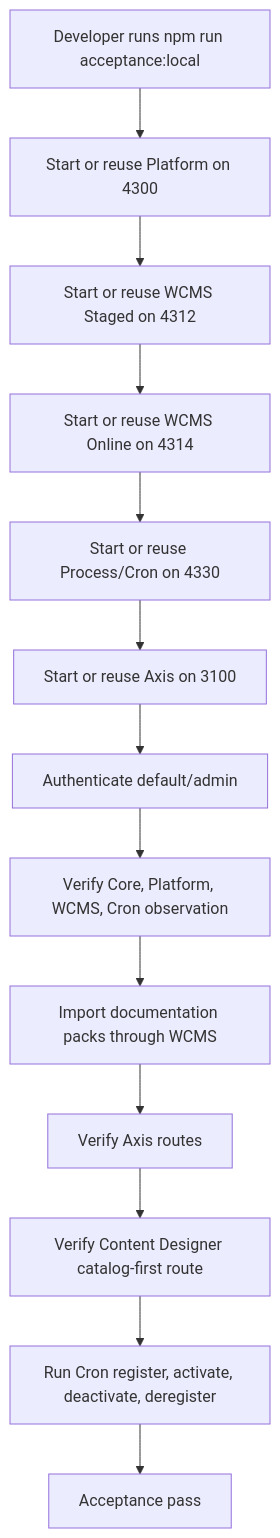
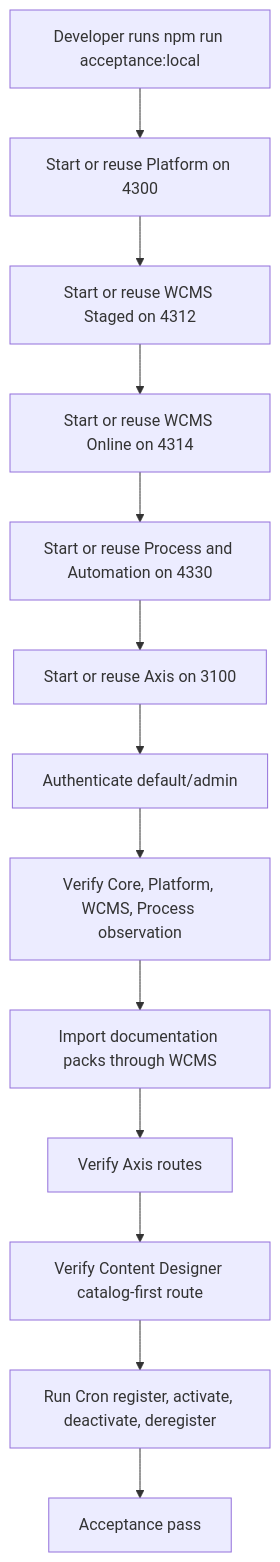
Before and after one commit to Nodics/nodics.kickoff: the first of 2 diagrams in docs/pages/local-acceptance-checklist.md, drawn with Mermaid. The commit also changed other lines of this file and 6 other files, not shown here.

````diff
--- a/docs/pages/local-acceptance-checklist.md
+++ b/docs/pages/local-acceptance-checklist.md
@@ -108,15 +108,15 @@
 ```mermaid
 flowchart TD
   Start["Developer runs npm run acceptance:local"] --> Platform["Start or reuse Platform on 4300"]
   Platform --> Staged["Start or reuse WCMS Staged on 4312"]
   Staged --> Online["Start or reuse WCMS Online on 4314"]
-  Online --> Process["Start or reuse Process/Cron on 4330"]
+  Online --> Process["Start or reuse Process and Automation on 4330"]
   Process --> Axis["Start or reuse Axis on 3100"]
   Axis --> Auth["Authenticate default/admin"]
-  Auth --> Registry["Verify Core, Platform, WCMS, Cron observation"]
+  Auth --> Registry["Verify Core, Platform, WCMS, Process observation"]
   Registry --> Docs["Import documentation packs through WCMS"]
   Docs --> Routes["Verify Axis routes"]
   Routes --> Designer["Verify Content Designer catalog-first route"]
   Designer --> Lifecycle["Run Cron register, activate, deactivate, deregister"]
   Lifecycle --> Pass["Acceptance pass"]
 ```
````
